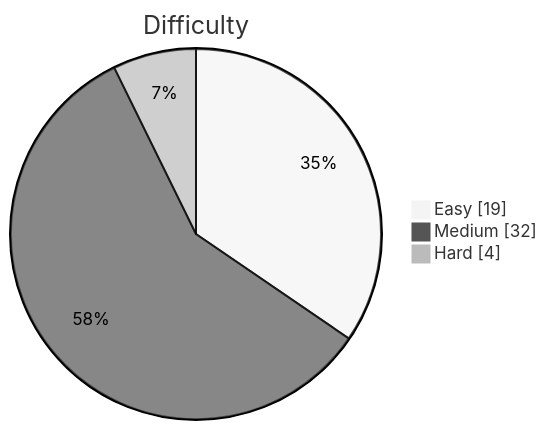
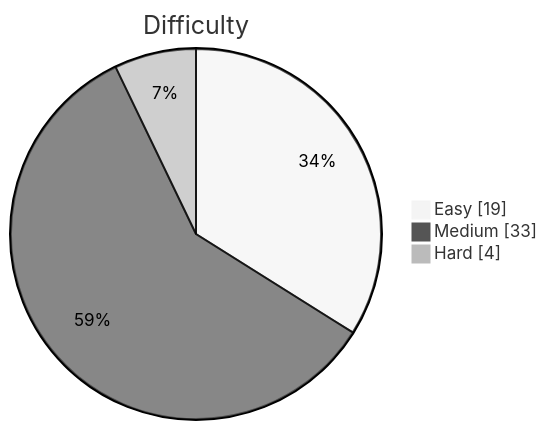
The diagram in README.md (kevstevie/python-algo-practice), drawn with Mermaid (neutral theme) before and after one commit. The commit also changed other lines of this file, not shown here.

````diff
--- a/README.md
+++ b/README.md
@@ -13,7 +13,7 @@
 ```mermaid
 pie showData
     title Difficulty
     "Easy"   : 19
-    "Medium" : 32
+    "Medium" : 33
     "Hard"   : 4
 ```
````
